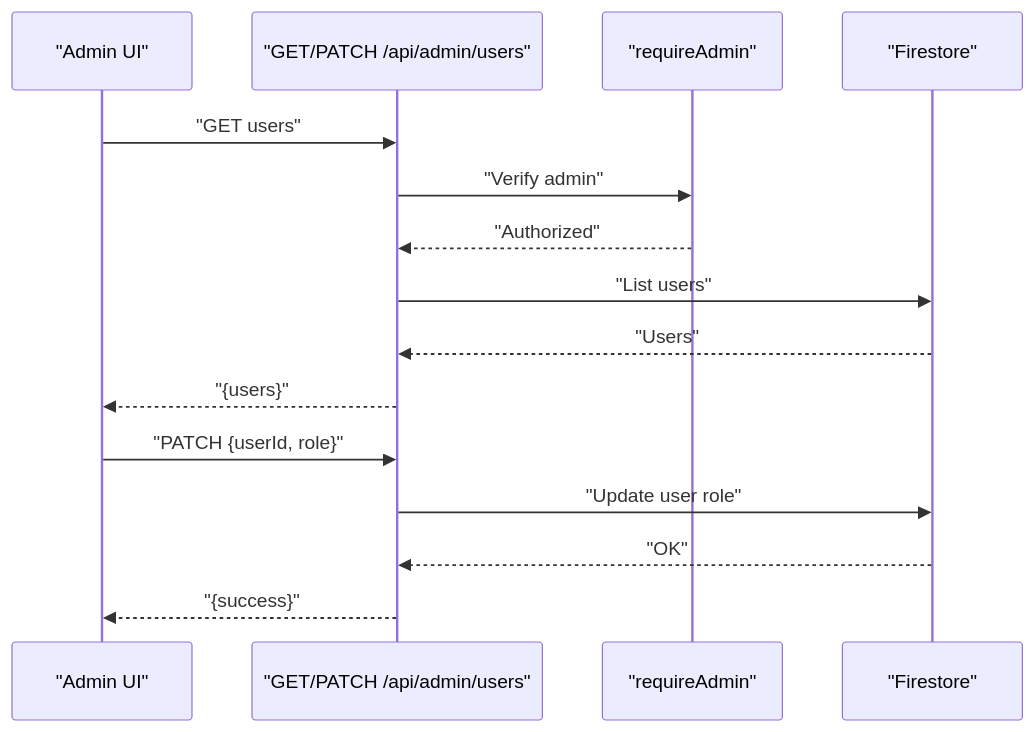
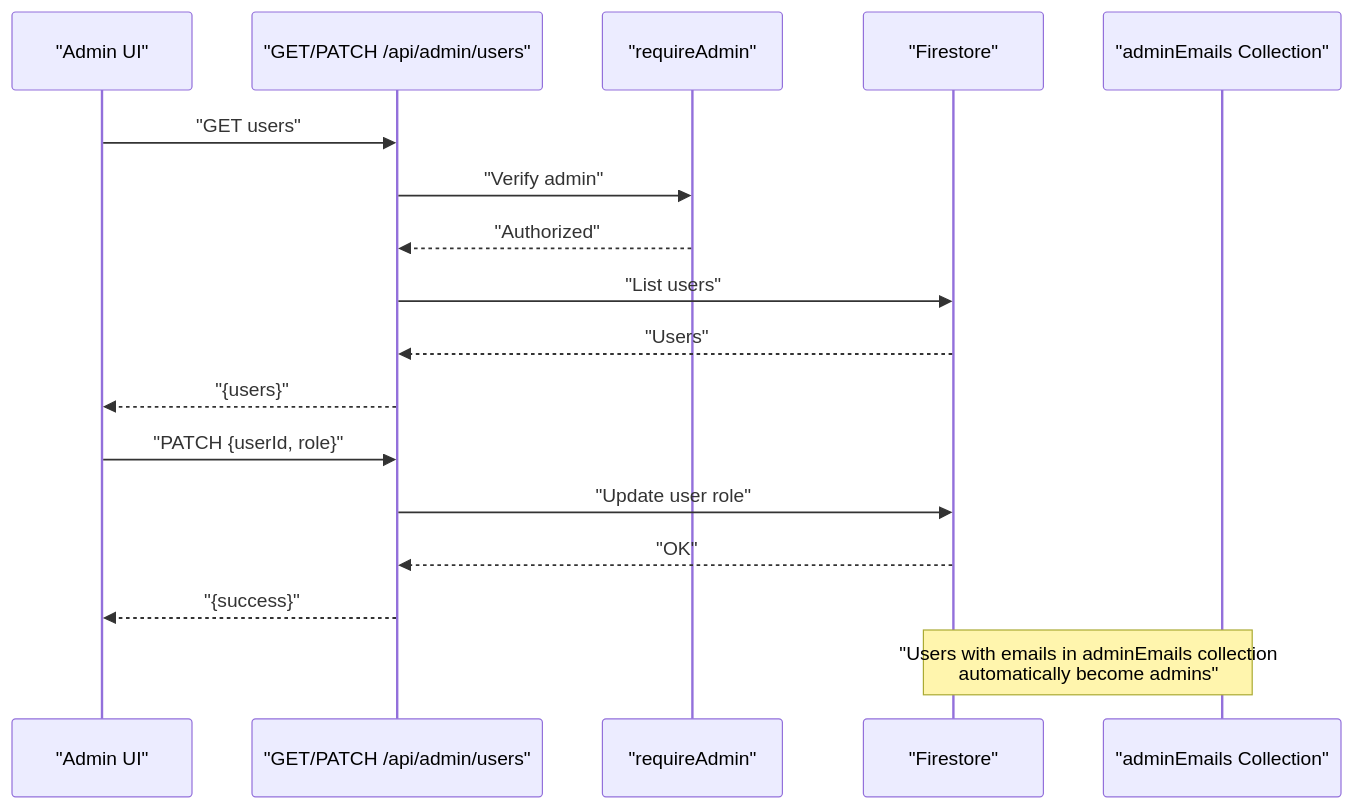
Before and after one commit to alikizang/datafrica: the sixth of 8 diagrams in .qoder/repowiki/en/content/Admin Panel/Admin Panel.md, drawn with Mermaid. The commit also changed other lines of this file and 15 other files, not shown here.

````diff
--- a/.qoder/repowiki/en/content/Admin Panel/Admin Panel.md
+++ b/.qoder/repowiki/en/content/Admin Panel/Admin Panel.md
@@ -242,17 +264,19 @@
 ```mermaid
 sequenceDiagram
 participant Admin as "Admin UI"
 participant API as "GET/PATCH /api/admin/users"
 participant MW as "requireAdmin"
 participant DB as "Firestore"
+participant AdminEmails as "adminEmails Collection"
 Admin->>API : "GET users"
 API->>MW : "Verify admin"
 MW-->>API : "Authorized"
 API->>DB : "List users"
 DB-->>API : "Users"
 API-->>Admin : "{users}"
 Admin->>API : "PATCH {userId, role}"
 API->>DB : "Update user role"
 DB-->>API : "OK"
 API-->>Admin : "{success}"
+Note over AdminEmails,DB : "Users with emails in adminEmails collection<br/>automatically become admins"
 ```
````
